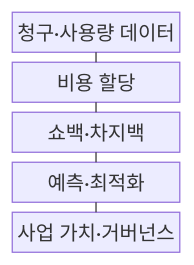
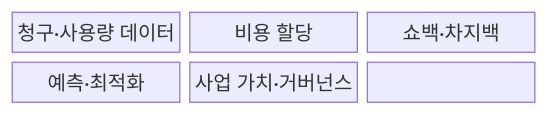
One commit to agnusdei1207/knowledge-base changed the first of 2 diagrams in src/content/docs/notes/08-latest-tech/178_finops.md. Above: the diagram before and after it, drawn with Mermaid. The commit also changed other lines of this file and 228 other files, not shown here.

````diff
--- a/src/content/docs/notes/08-latest-tech/178_finops.md
+++ b/src/content/docs/notes/08-latest-tech/178_finops.md
@@ -49,13 +47,11 @@
 ```mermaid
 block-beta
-  columns 1
-  data["청구·사용량 데이터"]
-  allocation["비용 할당"]
-  reporting["쇼백·차지백"]
-  optimization["예측·최적화"]
-  value["사업 가치·거버넌스"]
-  data --- allocation
-  allocation --- reporting
-  reporting --- optimization
-  optimization --- value
+  columns 3
+  N0["청구·사용량 데이터"]
+  N1["비용 할당"]
+  N2["쇼백·차지백"]
+  N3["예측·최적화"]
+  N4["사업 가치·거버넌스"]
+  N0 --- N1 --- N2
+  N2 --- N3 --- N4
 ```
````
